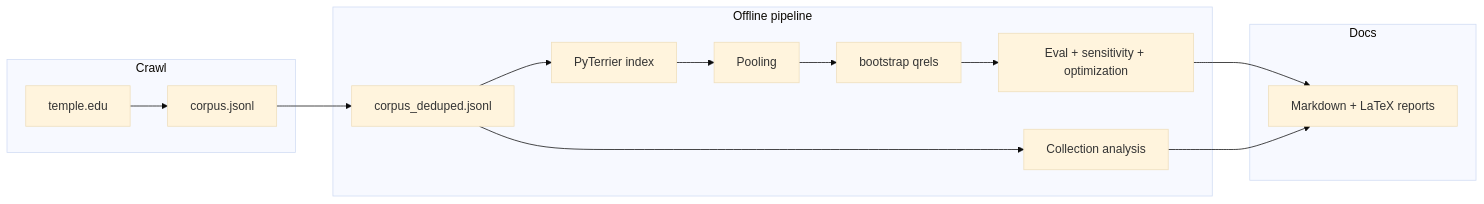
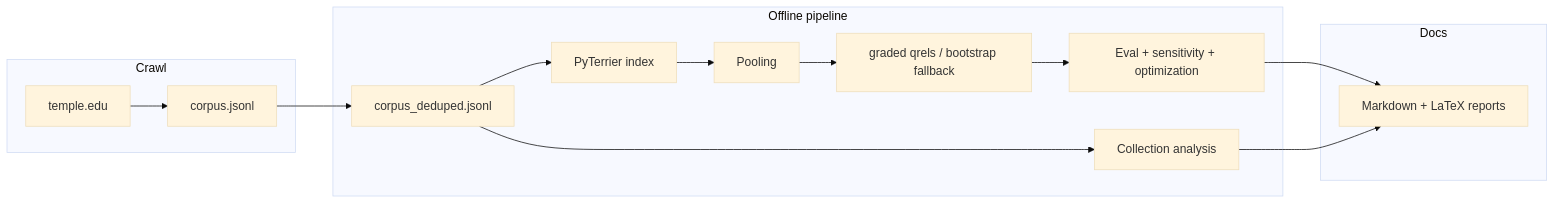
The diagram in reports/HOW_IT_WORKS.md (salinaria/IR-project), drawn with Mermaid (base theme) before and after one commit. The commit also changed other lines of this file and 63 other files, not shown here.

````diff
--- a/reports/HOW_IT_WORKS.md
+++ b/reports/HOW_IT_WORKS.md
@@ -25,18 +26,18 @@
 ```mermaid
 flowchart LR
   subgraph crawl [Crawl]
     W[temple.edu] --> J[corpus.jsonl]
   end
   subgraph offline [Offline pipeline]
     J --> D[corpus_deduped.jsonl]
     D --> I[PyTerrier index]
     I --> P[Pooling]
-    P --> Q[bootstrap qrels]
+    P --> Q[graded qrels / bootstrap fallback]
     Q --> E[Eval + sensitivity + optimization]
     D --> A[Collection analysis]
   end
   subgraph docs [Docs]
     E --> R[Markdown + LaTeX reports]
     A --> R
   end
 ```
````
